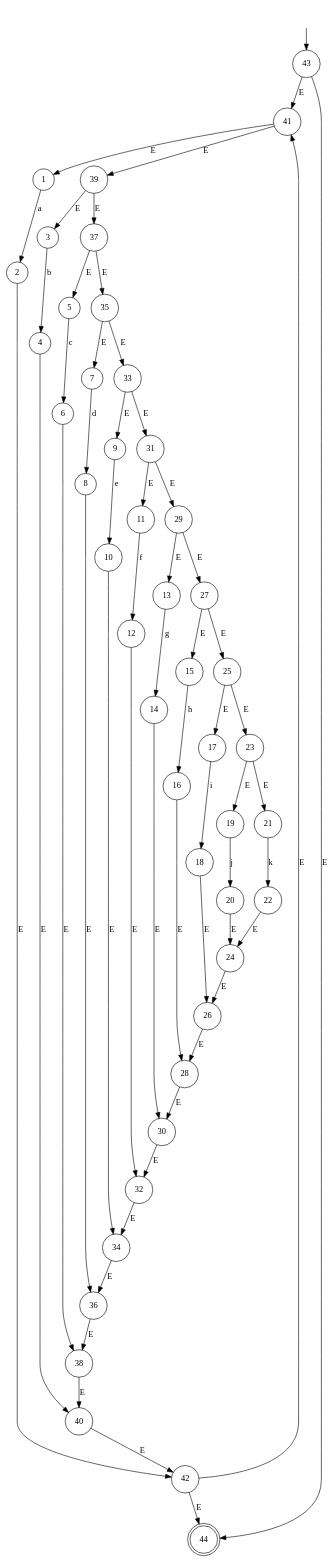
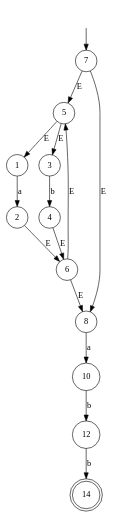
Before and after one commit to ihewro/qt-lexical-analyzer: the diagram in dots/nfa.dot, drawn with Graphviz. The commit also changed 7 other files, not shown here.

```diff
--- a/dots/nfa.dot
+++ b/dots/nfa.dot
@@ -1,104 +1,29 @@
 digraph G{
     ""[shape=none]
     "1"[shape=circle]
     "2"[shape=circle]
     "3"[shape=circle]
     "4"[shape=circle]
     "5"[shape=circle]
     "6"[shape=circle]
     "7"[shape=circle]
     "8"[shape=circle]
-    "9"[shape=circle]
     "10"[shape=circle]
-    "11"[shape=circle]
     "12"[shape=circle]
-    "13"[shape=circle]
-    "14"[shape=circle]
-    "15"[shape=circle]
-    "16"[shape=circle]
-    "17"[shape=circle]
-    "18"[shape=circle]
-    "19"[shape=circle]
-    "20"[shape=circle]
-    "21"[shape=circle]
-    "22"[shape=circle]
-    "23"[shape=circle]
-    "24"[shape=circle]
-    "25"[shape=circle]
-    "26"[shape=circle]
-    "27"[shape=circle]
-    "28"[shape=circle]
-    "29"[shape=circle]
-    "30"[shape=circle]
-    "31"[shape=circle]
-    "32"[shape=circle]
-    "33"[shape=circle]
-    "34"[shape=circle]
-    "35"[shape=circle]
-    "36"[shape=circle]
-    "37"[shape=circle]
-    "38"[shape=circle]
-    "39"[shape=circle]
-    "40"[shape=circle]
-    "41"[shape=circle]
-    "42"[shape=circle]
-    "43"[shape=circle]
-    "44"[shape=doublecircle]
+    "14"[shape=doublecircle]
 
-    ""->"43"
+    ""->"7"
     "1" -> 2[label="a"]
-    "2" -> 42[label="E"]
+    "2" -> 6[label="E"]
     "3" -> 4[label="b"]
-    "4" -> 40[label="E"]
-    "5" -> 6[label="c"]
-    "6" -> 38[label="E"]
-    "7" -> 8[label="d"]
-    "8" -> 36[label="E"]
-    "9" -> 10[label="e"]
-    "10" -> 34[label="E"]
-    "11" -> 12[label="f"]
-    "12" -> 32[label="E"]
-    "13" -> 14[label="g"]
-    "14" -> 30[label="E"]
-    "15" -> 16[label="h"]
-    "16" -> 28[label="E"]
-    "17" -> 18[label="i"]
-    "18" -> 26[label="E"]
-    "19" -> 20[label="j"]
-    "20" -> 24[label="E"]
-    "21" -> 22[label="k"]
-    "22" -> 24[label="E"]
-    "23" -> 19[label="E"]
-    "23" -> 21[label="E"]
-    "24" -> 26[label="E"]
-    "25" -> 17[label="E"]
-    "25" -> 23[label="E"]
-    "26" -> 28[label="E"]
-    "27" -> 15[label="E"]
-    "27" -> 25[label="E"]
-    "28" -> 30[label="E"]
-    "29" -> 13[label="E"]
-    "29" -> 27[label="E"]
-    "30" -> 32[label="E"]
-    "31" -> 11[label="E"]
-    "31" -> 29[label="E"]
-    "32" -> 34[label="E"]
-    "33" -> 9[label="E"]
-    "33" -> 31[label="E"]
-    "34" -> 36[label="E"]
-    "35" -> 7[label="E"]
-    "35" -> 33[label="E"]
-    "36" -> 38[label="E"]
-    "37" -> 5[label="E"]
-    "37" -> 35[label="E"]
-    "38" -> 40[label="E"]
-    "39" -> 3[label="E"]
-    "39" -> 37[label="E"]
-    "40" -> 42[label="E"]
-    "41" -> 1[label="E"]
-    "41" -> 39[label="E"]
-    "42" -> 41[label="E"]
-    "42" -> 44[label="E"]
-    "43" -> 41[label="E"]
-    "43" -> 44[label="E"]
+    "4" -> 6[label="E"]
+    "5" -> 1[label="E"]
+    "5" -> 3[label="E"]
+    "6" -> 5[label="E"]
+    "6" -> 8[label="E"]
+    "7" -> 5[label="E"]
+    "7" -> 8[label="E"]
+    "8" -> 10[label="a"]
+    "10" -> 12[label="b"]
+    "12" -> 14[label="b"]
 }
```
